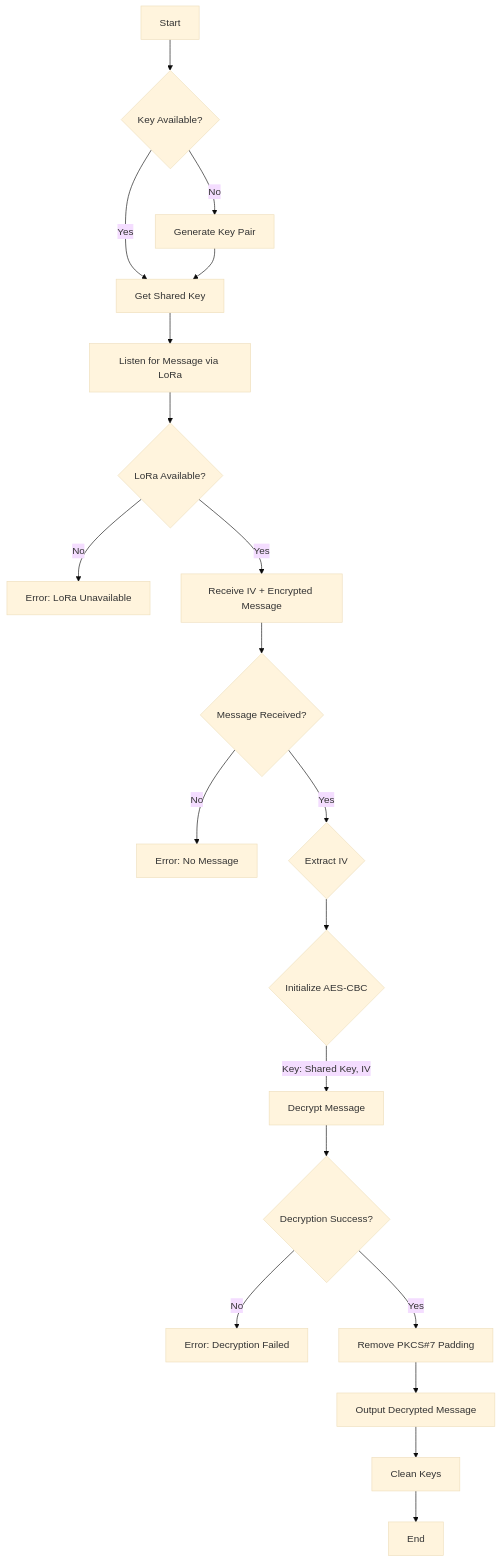
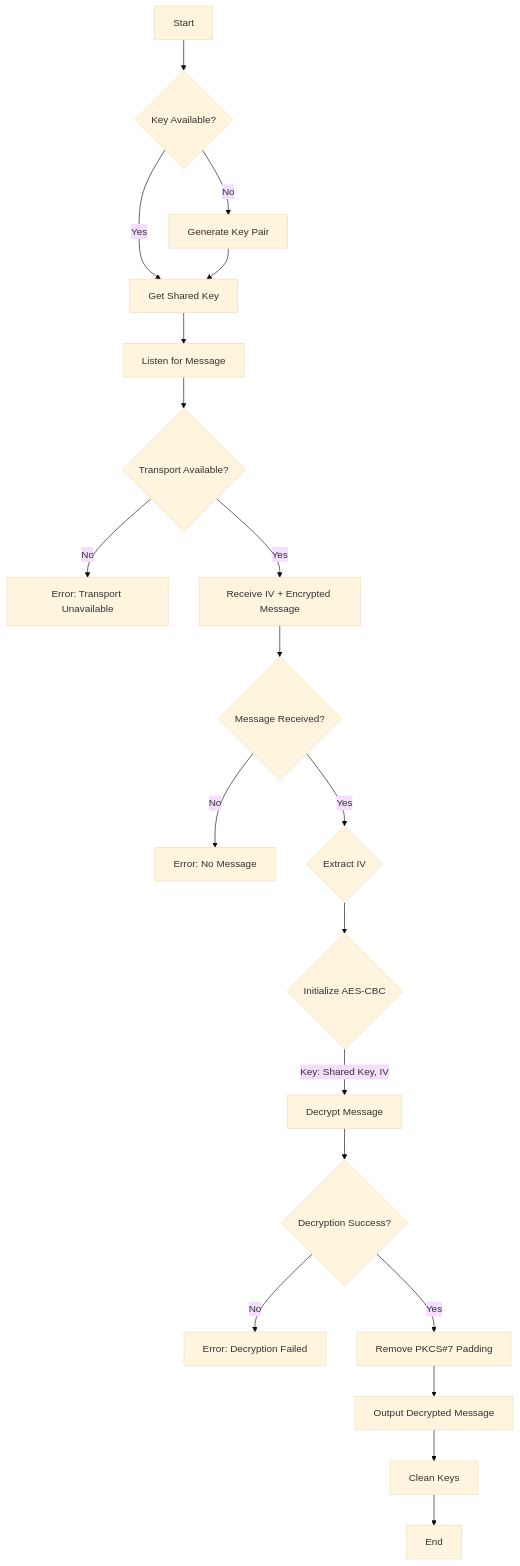
Before and after one commit to armanghobadi/uecdh: the third of 6 diagrams in README.markdown, drawn with Mermaid (base theme). The commit also changed other lines of this file, not shown here.

````diff
--- a/README.markdown
+++ b/README.markdown
@@ -83,22 +83,22 @@
 ```mermaid
 flowchart TD
     A[Start] --> B{Key Available?}
-    B -->|No| C[Generate Key Pair]
-    B -->|Yes| D[Get Shared Key]
+    B -->|"No"| C[Generate Key Pair]
+    B -->|"Yes"| D[Get Shared Key]
     C --> D
-    D --> E[Listen for Message via LoRa]
-    E --> F{LoRa Available?}
-    F -->|No| G[Error: LoRa Unavailable]
-    F -->|Yes| H[Receive IV + Encrypted Message]
+    D --> E[Listen for Message]
+    E --> F{Transport Available?}
+    F -->|"No"| G[Error: Transport Unavailable]
+    F -->|"Yes"| H[Receive IV + Encrypted Message]
     H --> I{Message Received?}
-    I -->|No| J[Error: No Message]
-    I -->|Yes| K{Extract IV}
+    I -->|"No"| J[Error: No Message]
+    I -->|"Yes"| K{Extract IV}
     K --> L{Initialize AES-CBC}
-    L -->|Key: Shared Key, IV| M[Decrypt Message]
+    L -->|"Key: Shared Key, IV"| M[Decrypt Message]
     M --> N{Decryption Success?}
-    N -->|No| O[Error: Decryption Failed]
-    N -->|Yes| P[Remove PKCS#7 Padding]
+    N -->|"No"| O[Error: Decryption Failed]
+    N -->|"Yes"| P[Remove PKCS#7 Padding]
     P --> Q[Output Decrypted Message]
     Q --> R[Clean Keys]
     R --> S[End]
 ```
````
